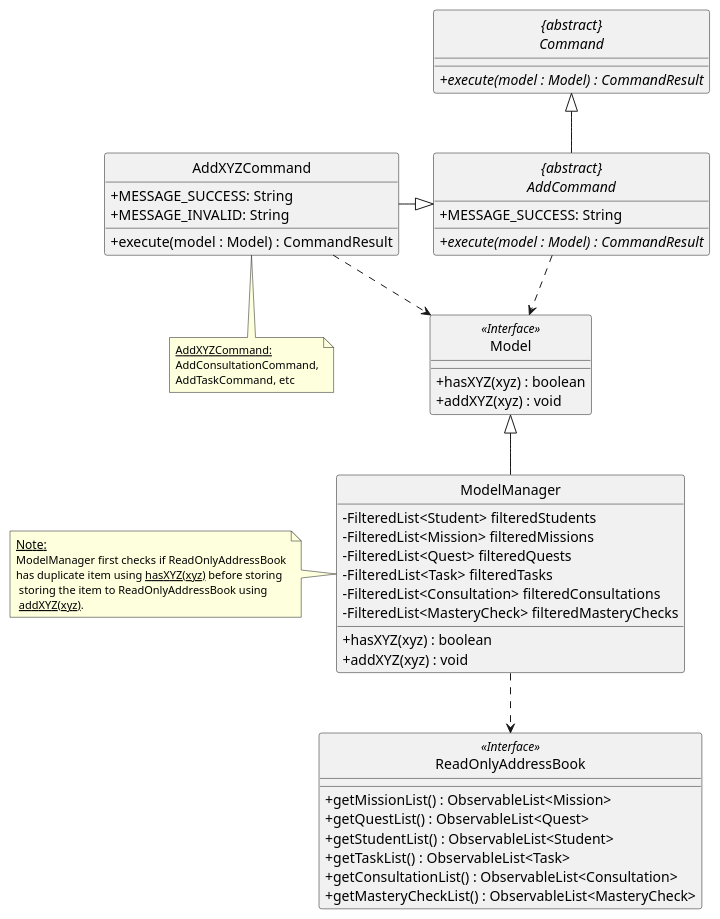
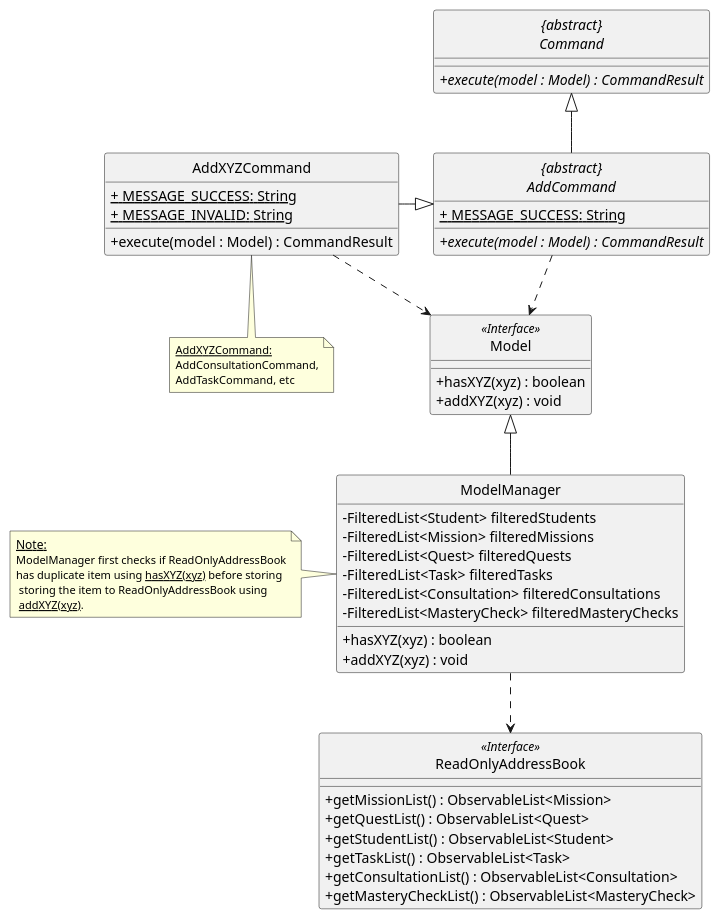
The diagram in docs/diagrams/AddCommandClassDiagram.puml (wireseo/tp), drawn with PlantUML before and after one commit. The commit also changed 6 other files, not shown here.

Commit message:
Update ug diagrams static attributes and dg test appendix and dg AddCommand explanations

```diff
--- a/docs/diagrams/AddCommandClassDiagram.puml
+++ b/docs/diagrams/AddCommandClassDiagram.puml
@@ -1,82 +1,82 @@
 @startuml
 skinparam backgroundColor #ffffff
 skinparam classAttributeIconSize 0
 hide circle
 
 class AddXYZCommand {
     /' Attributes '/
-    + MESSAGE_SUCCESS: String
-    + MESSAGE_INVALID: String
+    <u>+ MESSAGE_SUCCESS: String
+    <u>+ MESSAGE_INVALID: String
 
     /' Methods '/
     + execute(model : Model) : CommandResult
 }
 
 abstract class "{abstract}\nCommand" {
     + {abstract} execute(model : Model) : CommandResult
 }
 
 class Model <<Interface>> {
     /' Methods '/
     + hasXYZ(xyz) : boolean
     + addXYZ(xyz) : void
 }
 
 class ModelManager {
     /' Attributes '/
     - FilteredList<Student> filteredStudents
     - FilteredList<Mission> filteredMissions
     - FilteredList<Quest> filteredQuests
     - FilteredList<Task> filteredTasks
     - FilteredList<Consultation> filteredConsultations
     - FilteredList<MasteryCheck> filteredMasteryChecks
 
     /' Methods '/
     + hasXYZ(xyz) : boolean
     + addXYZ(xyz) : void
 }
 
 class ReadOnlyAddressBook <<Interface>> {
     + getMissionList() : ObservableList<Mission>
     + getQuestList() : ObservableList<Quest>
     + getStudentList() : ObservableList<Student>
     + getTaskList() : ObservableList<Task>
     + getConsultationList() : ObservableList<Consultation>
     + getMasteryCheckList() : ObservableList<MasteryCheck>
 }
 
 abstract class "{abstract}\nAddCommand"{
     /' Attributes '/
-    + MESSAGE_SUCCESS: String
+    <u>+ MESSAGE_SUCCESS: String
     /' Methods '/
     + {abstract} execute(model : Model) : CommandResult
 }
 
 "{abstract}\nAddCommand" -up-|> "{abstract}\nCommand"
 
 "{abstract}\nAddCommand" .down.> Model
 
 AddXYZCommand -right-|> "{abstract}\nAddCommand"
 AddXYZCommand ..> Model
 
 ModelManager -up-|> Model
 ModelManager .down.> ReadOnlyAddressBook
 
 note as N1
   <size: 12><u>Note:</u>
   <size: 11>ModelManager first checks if ReadOnlyAddressBook
   <size: 11>has duplicate item using <u>hasXYZ(xyz)</u> before storing
   <size: 11> storing the item to ReadOnlyAddressBook using
   <size: 11> <u>addXYZ(xyz)</u>.
 end note
 
 note as N2
     <size: 11><u>AddXYZCommand:</u>
     <size: 11>AddConsultationCommand,
     <size: 11>AddTaskCommand, etc
 end note
 
 N1 .right. ModelManager
 N2 .up. AddXYZCommand
 
 @enduml
```
